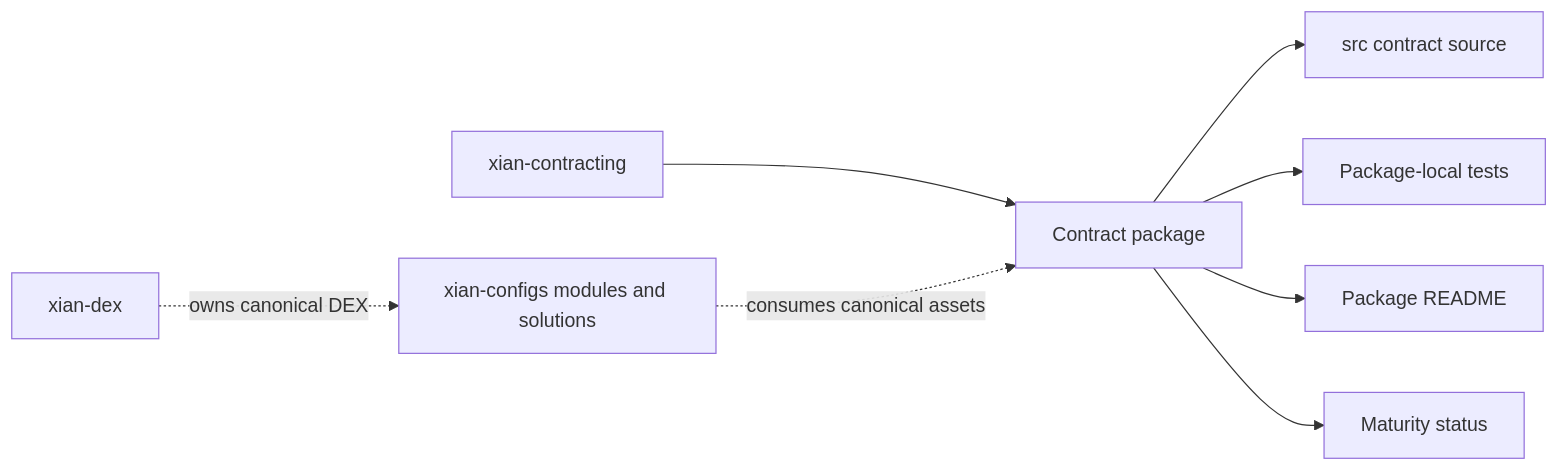
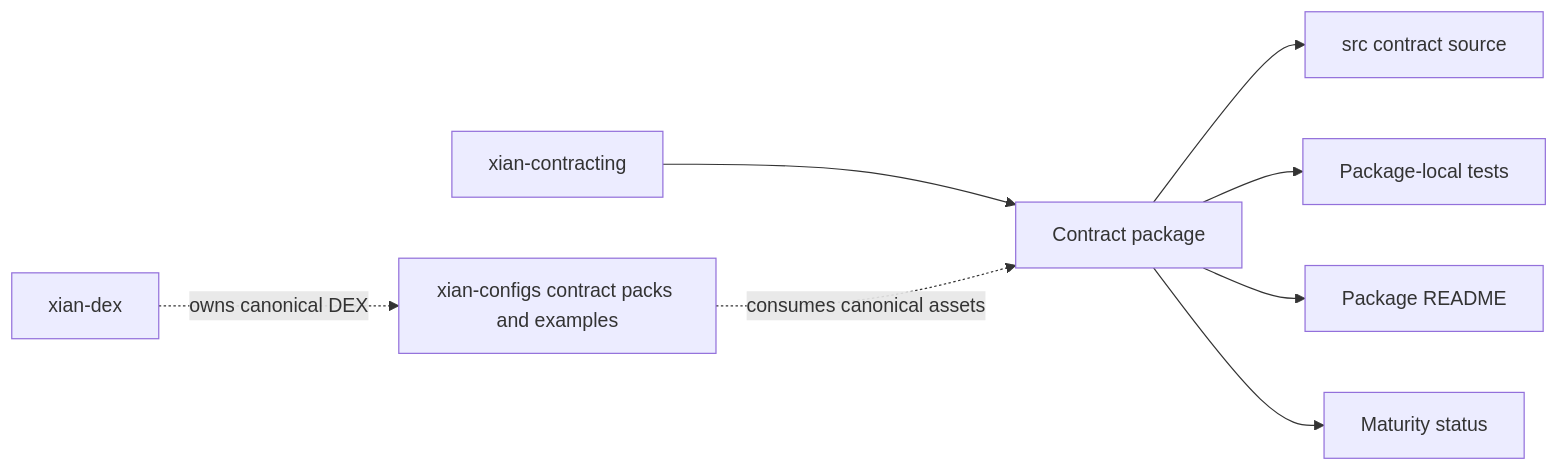
One commit to xian-technology/xian-contracts changed the diagram in README.md. Above: the diagram before and after it, drawn with Mermaid. The commit also changed other lines of this file and 2 other files, not shown here.

Commit message:
update contract pack references

````diff
--- a/README.md
+++ b/README.md
@@ -17,10 +17,10 @@
 ```mermaid
 flowchart LR
   Package["Contract package"] --> Source["src contract source"]
   Package --> Tests["Package-local tests"]
   Package --> Readme["Package README"]
   Package --> Status["Maturity status"]
   Runtime["xian-contracting"] --> Package
-  NetworkPackaging["xian-configs modules and solutions"] -. consumes canonical assets .-> Package
+  NetworkPackaging["xian-configs contract packs and examples"] -. consumes canonical assets .-> Package
   DEX["xian-dex"] -. owns canonical DEX .-> NetworkPackaging
 ```
````
